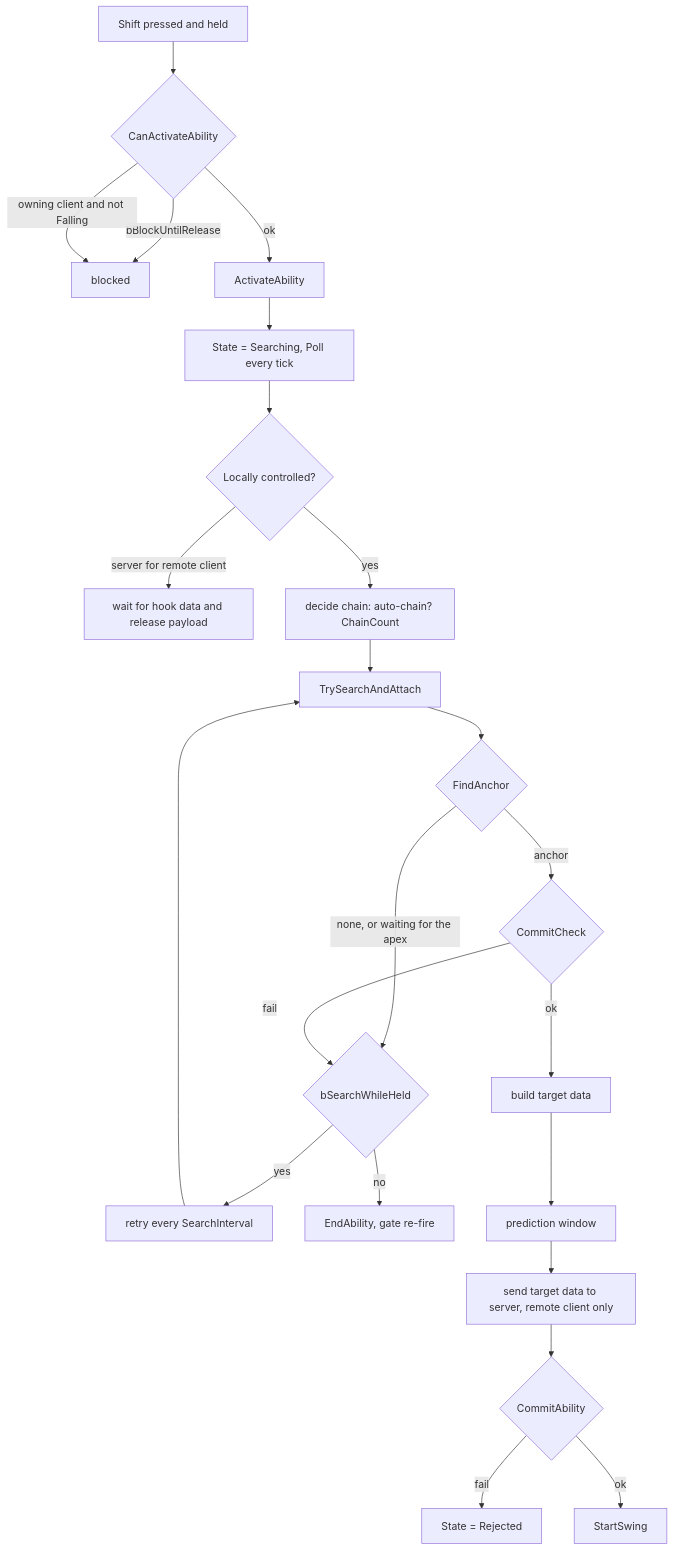
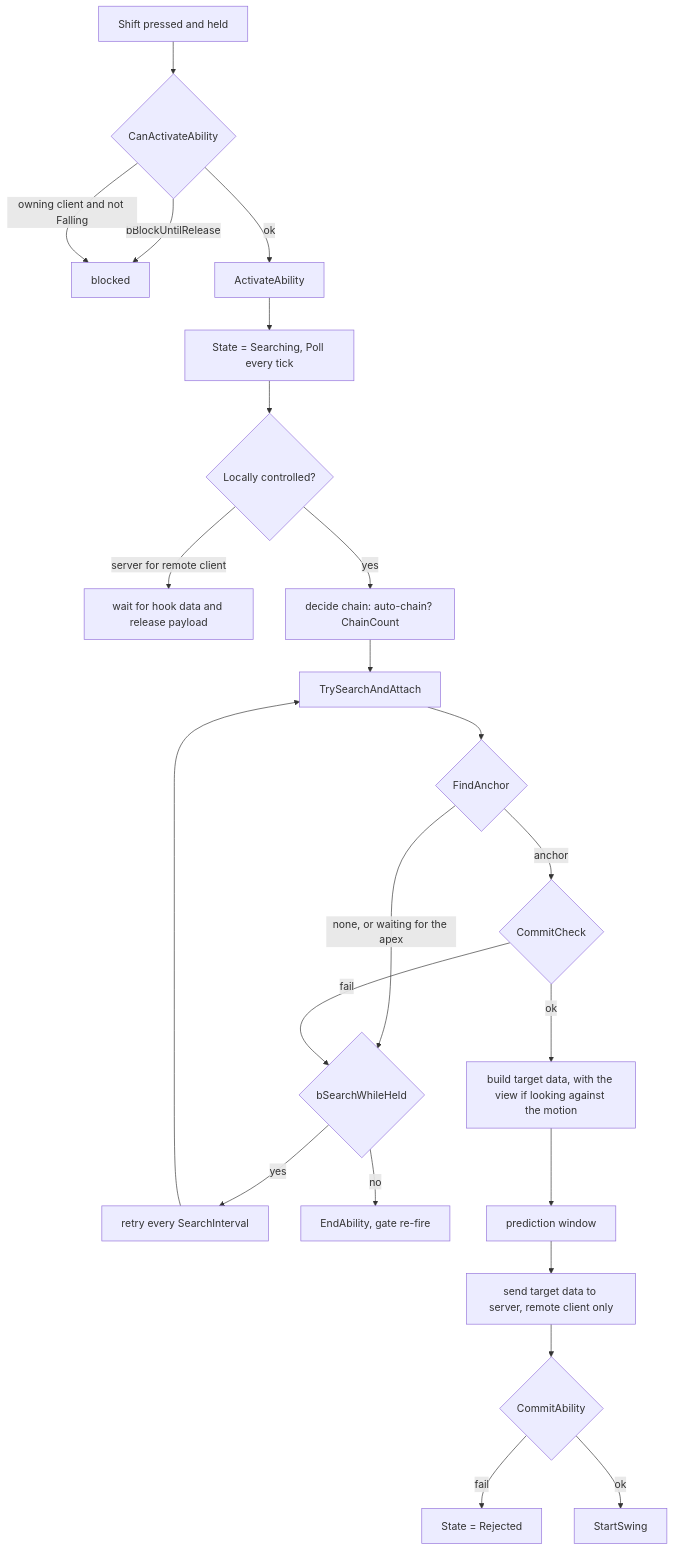
The third of 5 diagrams in Docs/GA_GrappleSwing2.md (talal-jpg/AuraRedo2), drawn with Mermaid before and after one commit. The commit also changed other lines of this file, not shown here.

````diff
--- a/Docs/GA_GrappleSwing2.md
+++ b/Docs/GA_GrappleSwing2.md
@@ -180,25 +182,25 @@
 ```mermaid
 flowchart TD
     A[Shift pressed and held] --> B{CanActivateAbility}
     B -- bBlockUntilRelease --> X[blocked]
     B -- owning client and not Falling --> X
     B -- ok --> C[ActivateAbility]
     C --> D[State = Searching, Poll every tick]
     D --> E{Locally controlled?}
     E -- server for remote client --> S[wait for hook data and release payload]
     E -- yes --> F[decide chain: auto-chain? ChainCount]
     F --> G[TrySearchAndAttach]
     G --> H{FindAnchor}
     H -- none, or waiting for the apex --> I{bSearchWhileHeld}
     I -- yes --> J[retry every SearchInterval]
     J --> G
     I -- no --> K[EndAbility, gate re-fire]
     H -- anchor --> L{CommitCheck}
     L -- fail --> I
-    L -- ok --> M[build target data]
+    L -- ok --> M[build target data, with the view if looking against the motion]
     M --> N[prediction window]
     N --> O[send target data to server, remote client only]
     O --> P{CommitAbility}
     P -- fail --> R[State = Rejected]
     P -- ok --> Q[StartSwing]
 ```
````
